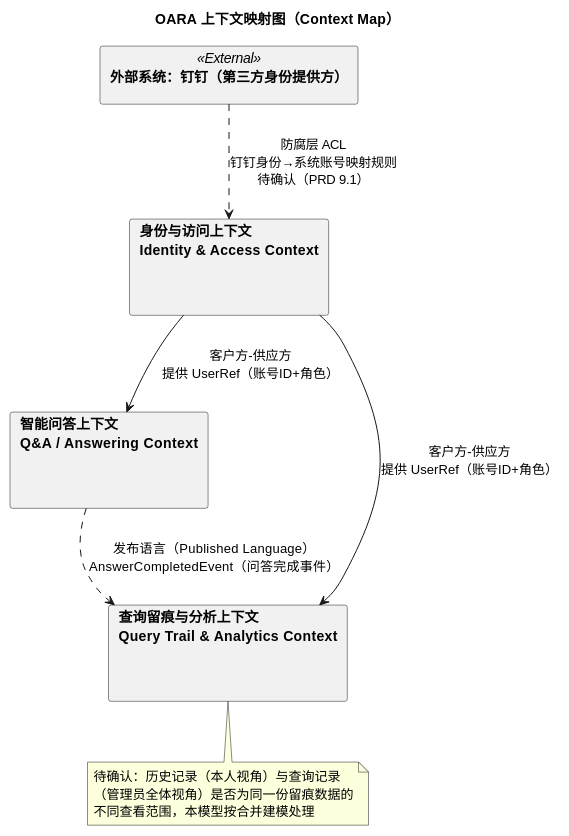
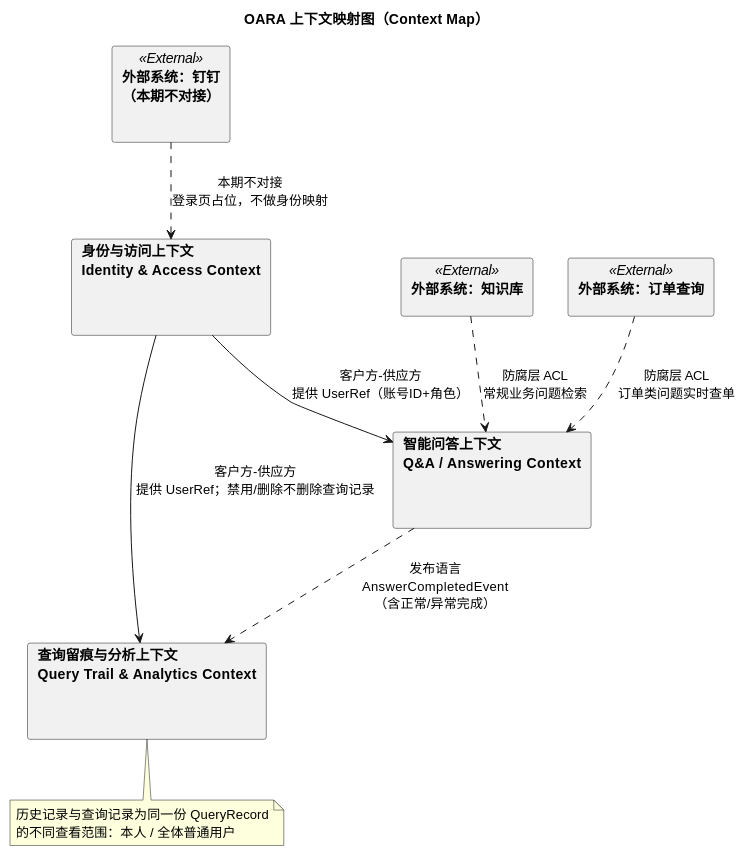
Before and after one commit to Wendy123wx/OMS-AI-RAG-Agent: the first of 10 diagrams in docs/prd/02-领域模型.md, drawn with PlantUML. The commit also changed other lines of this file, not shown here.

````diff
--- a/docs/prd/02-领域模型.md
+++ b/docs/prd/02-领域模型.md
@@ -229,31 +295,38 @@
 ```plantuml
 @startuml OARA_ContextMap
 title OARA 上下文映射图（Context Map）
 
 skinparam packageStyle rectangle
 
-package "外部系统：钉钉（第三方身份提供方）" as DingTalk <<External>> {
+package "外部系统：钉钉\n（本期不对接）" as DingTalk <<External>> {
+}
+
+package "外部系统：知识库" as KB <<External>> {
+}
+
+package "外部系统：订单查询" as OMS <<External>> {
 }
 
 package "身份与访问上下文\nIdentity & Access Context" as IAM {
 }
 
 package "智能问答上下文\nQ&A / Answering Context" as QA {
 }
 
 package "查询留痕与分析上下文\nQuery Trail & Analytics Context" as QTA {
 }
 
-DingTalk ..> IAM : 防腐层 ACL\n钉钉身份→系统账号映射规则\n待确认（PRD 9.1）
+DingTalk ..> IAM : 本期不对接\n登录页占位，不做身份映射
+KB ..> QA : 防腐层 ACL\n常规业务问题检索
+OMS ..> QA : 防腐层 ACL\n订单类问题实时查单
 IAM --> QA : 客户方-供应方\n提供 UserRef（账号ID+角色）
-IAM --> QTA : 客户方-供应方\n提供 UserRef（账号ID+角色）
-QA ..> QTA : 发布语言（Published Language）\nAnswerCompletedEvent（问答完成事件）
+IAM --> QTA : 客户方-供应方\n提供 UserRef；禁用/删除不删除查询记录
+QA ..> QTA : 发布语言\nAnswerCompletedEvent\n（含正常/异常完成）
 
 note bottom of QTA
-  待确认：历史记录（本人视角）与查询记录
-  （管理员全体视角）是否为同一份留痕数据的
-  不同查看范围，本模型按合并建模处理
+  历史记录与查询记录为同一份 QueryRecord
+  的不同查看范围：本人 / 全体普通用户
 end note
 
 @enduml
 ```
````
